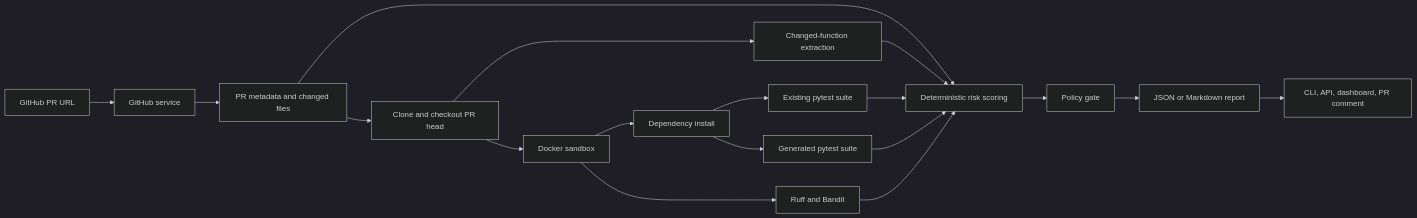
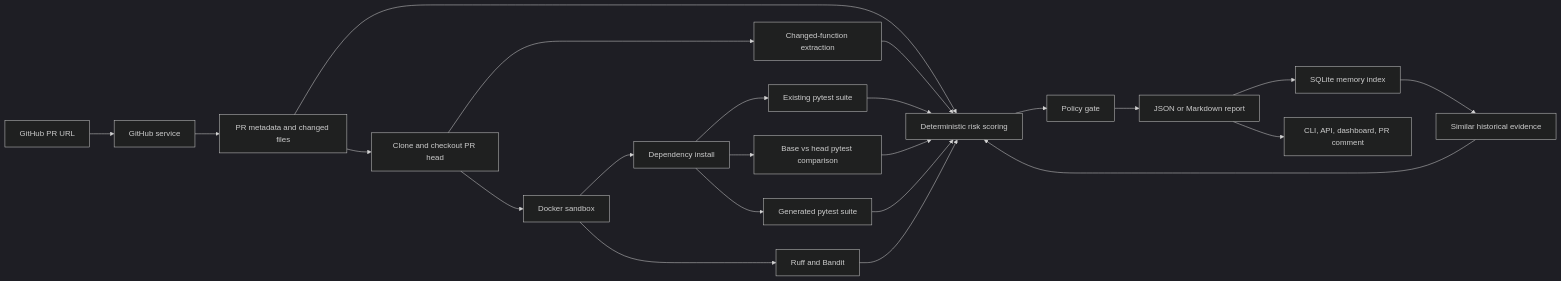
The diagram in docs/architecture.md (KaiwenMo1/patchguard), drawn with Mermaid (dark theme) before and after one commit. The commit also changed other lines of this file and 57 other files, not shown here.

````diff
--- a/docs/architecture.md
+++ b/docs/architecture.md
@@ -7,20 +7,25 @@
 ```mermaid
 flowchart LR
     A[GitHub PR URL] --> B[GitHub service]
     B --> C[PR metadata and changed files]
     C --> D[Clone and checkout PR head]
     D --> E[Changed-function extraction]
     D --> F[Docker sandbox]
     F --> G[Dependency install]
     G --> H[Existing pytest suite]
+    G --> B2[Base vs head pytest comparison]
     G --> I[Generated pytest suite]
     F --> J[Ruff and Bandit]
+    M --> R[SQLite memory index]
+    R --> S[Similar historical evidence]
     C --> K[Deterministic risk scoring]
     E --> K
     H --> K
+    B2 --> K
     I --> K
     J --> K
+    S --> K
     K --> L[Policy gate]
     L --> M[JSON or Markdown report]
     M --> N[CLI, API, dashboard, PR comment]
 ```
````
